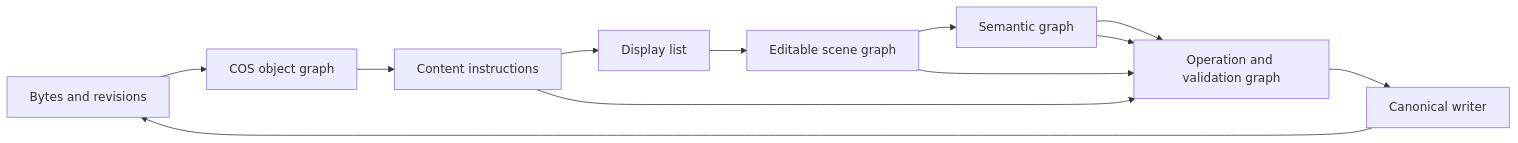
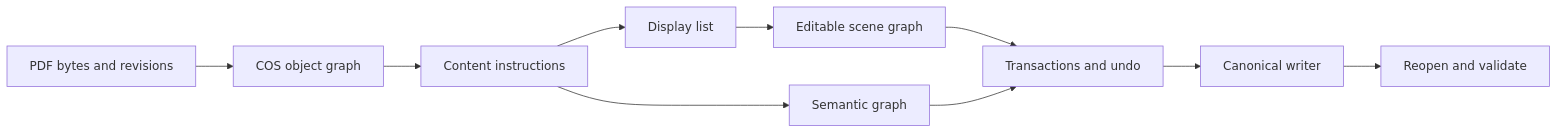
One commit to demisuga01-lab/wellfriendpdf changed the diagram in README.md. Above: the diagram before and after it, drawn with Mermaid. The commit also changed other lines of this file and 1700 other files, not shown here.

````diff
--- a/README.md
+++ b/README.md
@@ -99,14 +72,12 @@
 ```mermaid
 flowchart LR
-  A[Bytes and revisions] --> B[COS object graph]
-  B --> C[Content instructions]
-  C --> D[Display list]
-  D --> E[Editable scene graph]
-  E --> F[Semantic graph]
-  F --> G[Operation and validation graph]
-  G --> H[Canonical writer]
-  H --> A
-  C --> G
-  E --> G
-  F --> G
+    Bytes[PDF bytes and revisions] --> COS[COS object graph]
+    COS --> Ops[Content instructions]
+    Ops --> Display[Display list]
+    Display --> Scene[Editable scene graph]
+    Ops --> Semantic[Semantic graph]
+    Scene --> Tx[Transactions and undo]
+    Semantic --> Tx
+    Tx --> Writer[Canonical writer]
+    Writer --> Reopen[Reopen and validate]
 ```
````
